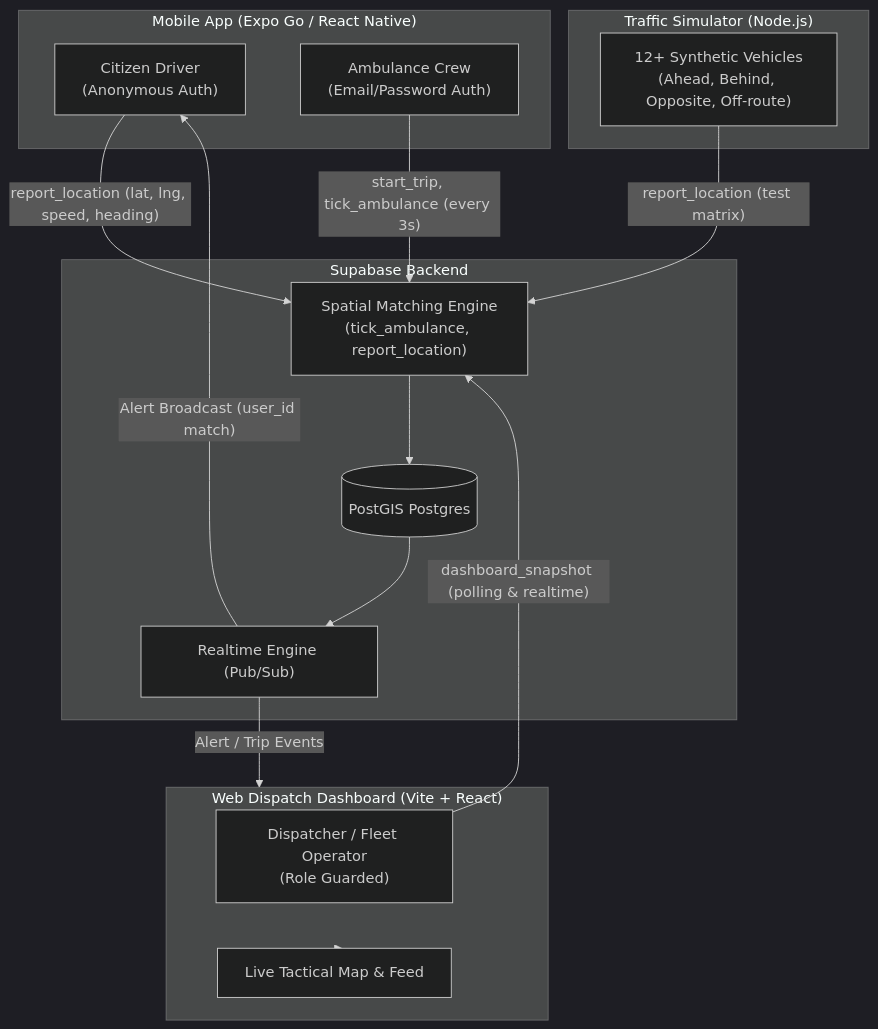
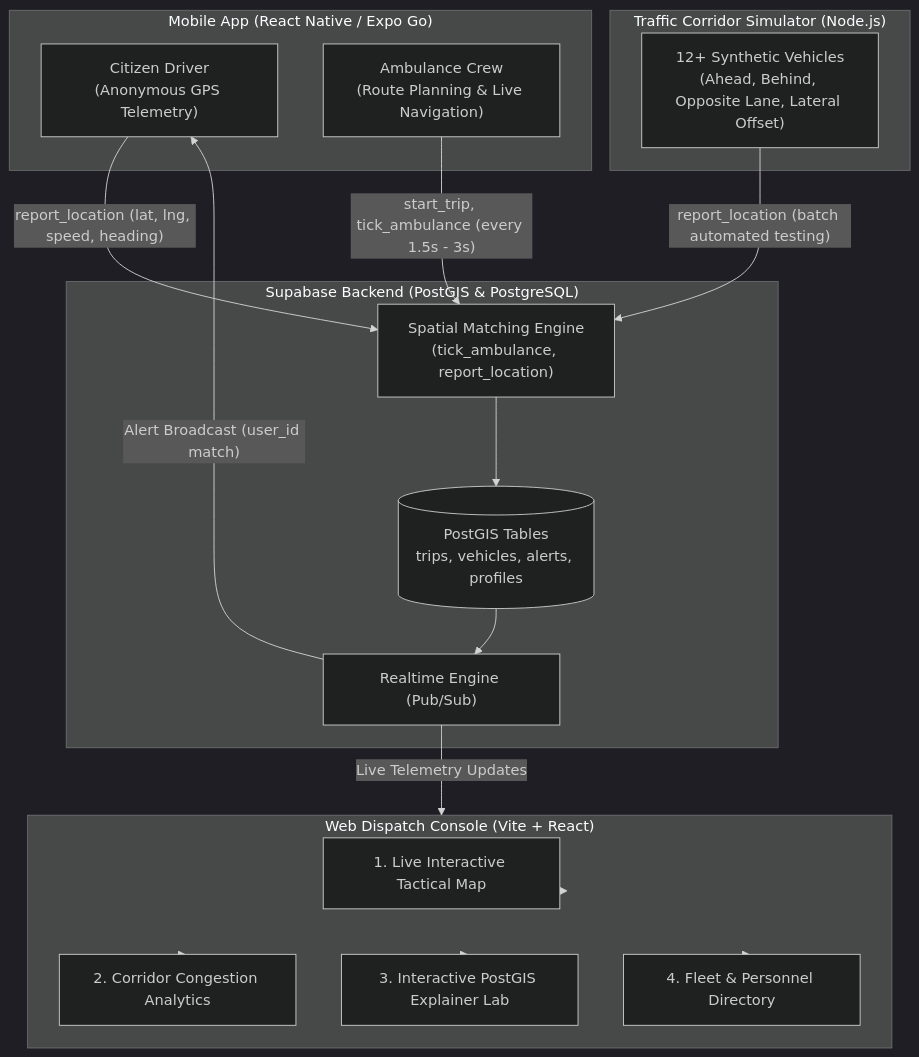
Before and after one commit to Praveen-Kumar-Goswami/emergency-path-clearing: the diagram in README.md, drawn with Mermaid (dark theme). The commit also changed other lines of this file, not shown here.

Commit message:
docs: update README with live Vercel links, 100% audit scorecard, and feature documentation

````diff
--- a/README.md
+++ b/README.md
@@ -9,32 +36,36 @@
 ```mermaid
 graph TD
-    subgraph MobileApp ["Mobile App (Expo Go / React Native)"]
-        Citizen["Citizen Driver<br>(Anonymous Auth)"]
-        Ambulance["Ambulance Crew<br>(Email/Password Auth)"]
+    subgraph MobileApp ["Mobile App (React Native / Expo Go)"]
+        Citizen["Citizen Driver<br>(Anonymous GPS Telemetry)"]
+        Ambulance["Ambulance Crew<br>(Route Planning & Live Navigation)"]
     end
 
-    subgraph Backend ["Supabase Backend"]
-        DB[(PostGIS Postgres)]
+    subgraph Backend ["Supabase Backend (PostGIS & PostgreSQL)"]
+        DB[(PostGIS Tables<br>trips, vehicles, alerts, profiles)]
         Realtime["Realtime Engine (Pub/Sub)"]
         RPC["Spatial Matching Engine<br>(tick_ambulance, report_location)"]
     end
 
-    subgraph WebApp ["Web Dispatch Dashboard (Vite + React)"]
-        Dispatcher["Dispatcher / Fleet Operator<br>(Role Guarded)"]
-        LeafletMap["Live Tactical Map & Feed"]
+    subgraph WebApp ["Web Dispatch Console (Vite + React)"]
+        View1["1. Live Interactive Tactical Map"]
+        View2["2. Corridor Congestion Analytics"]
+        View3["3. Interactive PostGIS Explainer Lab"]
+        View4["4. Fleet & Personnel Directory"]
     end
 
-    subgraph TestTool ["Traffic Simulator (Node.js)"]
-        Sim["12+ Synthetic Vehicles<br>(Ahead, Behind, Opposite, Off-route)"]
+    subgraph TestTool ["Traffic Corridor Simulator (Node.js)"]
+        Sim["12+ Synthetic Vehicles<br>(Ahead, Behind, Opposite Lane, Lateral Offset)"]
     end
 
     Citizen -->|"report_location (lat, lng, speed, heading)"| RPC
-    Ambulance -->|"start_trip, tick_ambulance (every 3s)"| RPC
-    Sim -->|"report_location (test matrix)"| RPC
+    Ambulance -->|"start_trip, tick_ambulance (every 1.5s - 3s)"| RPC
+    Sim -->|"report_location (batch automated testing)"| RPC
     RPC --> DB
     DB --> Realtime
     Realtime -->|"Alert Broadcast (user_id match)"| Citizen
-    Realtime -->|"Alert / Trip Events"| WebApp
-    Dispatcher -->|"dashboard_snapshot (polling & realtime)"| RPC
-    WebApp --> LeafletMap
+    Realtime -->|"Live Telemetry Updates"| WebApp
+    WebApp --> View1
+    WebApp --> View2
+    WebApp --> View3
+    WebApp --> View4
 ```
````
